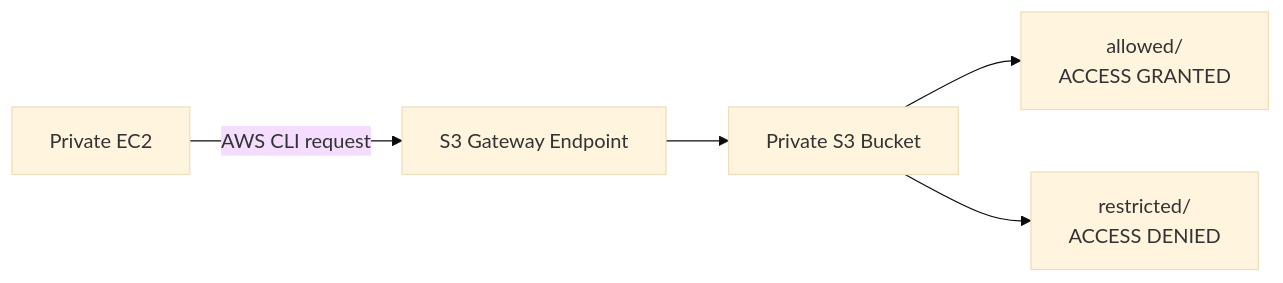
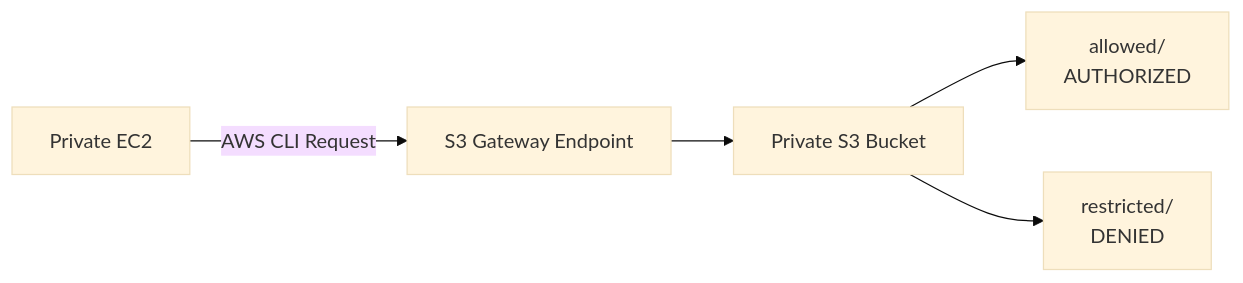
The second of 2 diagrams in docs/architecture.md (LavinMoinul/blacksite-private-aws), drawn with Mermaid (base theme) before and after one commit. The commit also changed other lines of this file, not shown here.

````diff
--- a/docs/architecture.md
+++ b/docs/architecture.md
@@ -166,8 +188,8 @@
 ```mermaid
 flowchart LR
-    EC2["Private EC2"] -->|"AWS CLI request"| Endpoint["S3 Gateway Endpoint"]
+    EC2["Private EC2"] -->|"AWS CLI Request"| Endpoint["S3 Gateway Endpoint"]
     Endpoint --> Bucket["Private S3 Bucket"]
 
-    Bucket --> Allowed["allowed/<br/>ACCESS GRANTED"]
-    Bucket --> Restricted["restricted/<br/>ACCESS DENIED"]
+    Bucket --> Allowed["allowed/<br/>AUTHORIZED"]
+    Bucket --> Restricted["restricted/<br/>DENIED"]
 ```
````
